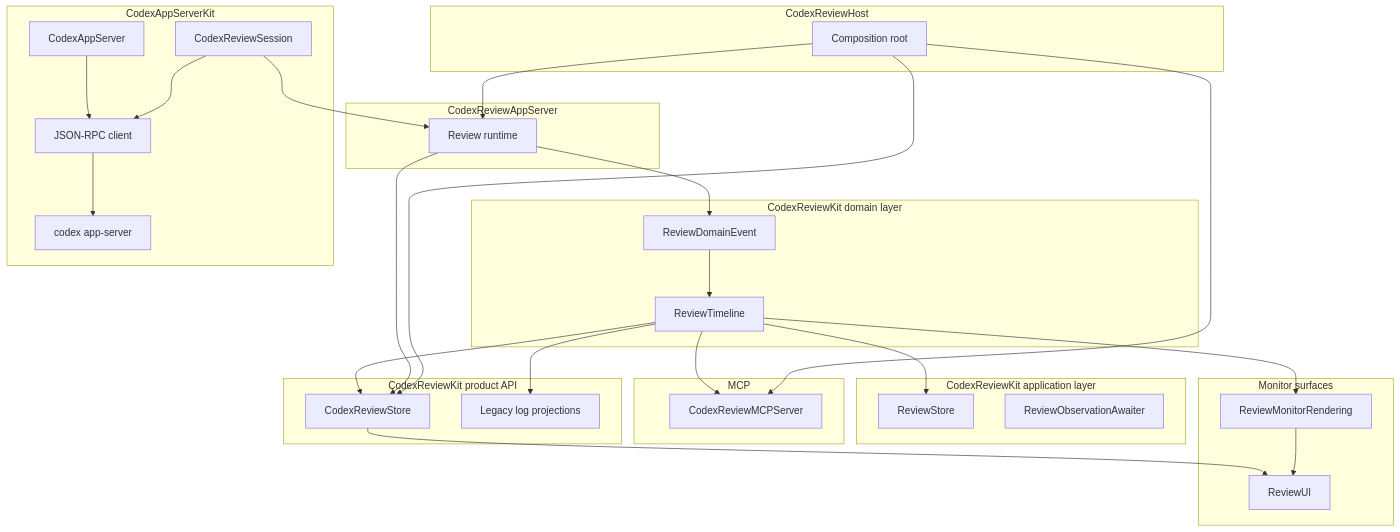
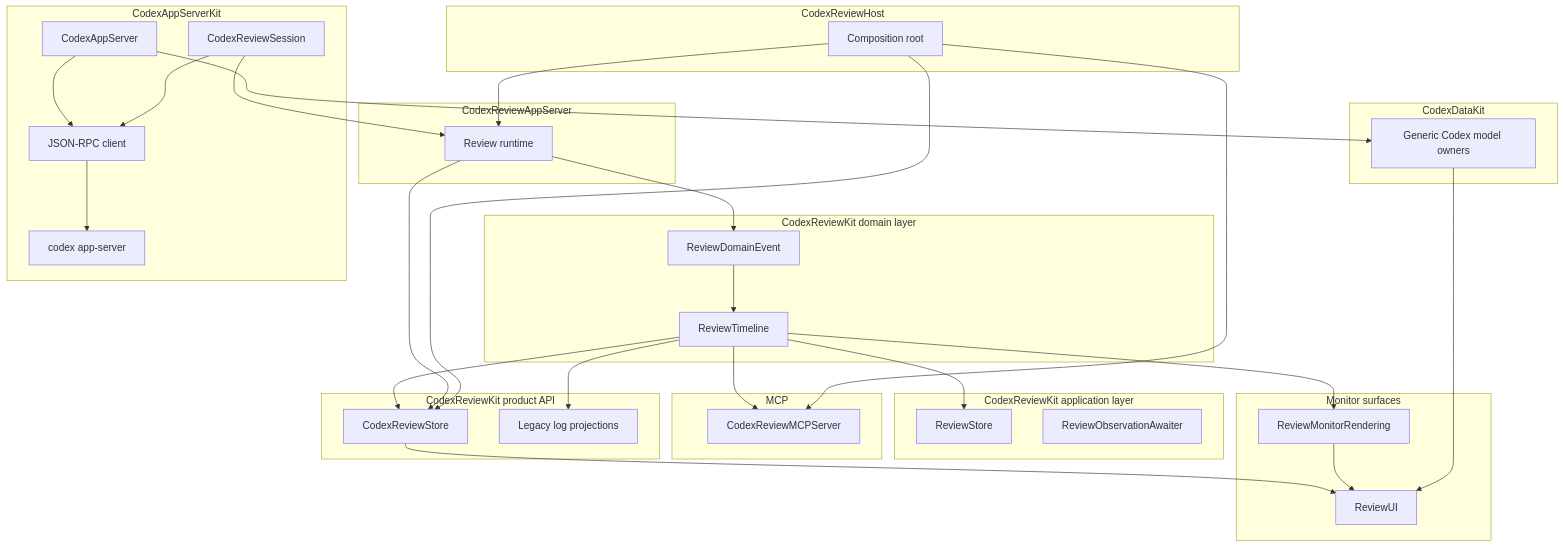
One commit to lynnswap/CodexReviewKit changed the diagram in Docs/architecture.md. Above: the diagram before and after it, drawn with Mermaid. The commit also changed other lines of this file and 12 other files, not shown here.

Commit message:
refactor(app-server): adopt CodexDataKit boundaries

````diff
--- a/Docs/architecture.md
+++ b/Docs/architecture.md
@@ -83,59 +93,65 @@
 ```mermaid
 flowchart TB
     subgraph Domain["CodexReviewKit domain layer"]
         DomainEvents["ReviewDomainEvent"]
         Timeline["ReviewTimeline"]
     end
 
     subgraph Application["CodexReviewKit application layer"]
         AppStore["ReviewStore"]
         Awaiter["ReviewObservationAwaiter"]
     end
 
     subgraph Product["CodexReviewKit product API"]
         PublicStore["CodexReviewStore"]
         LegacyProjection["Legacy log projections"]
     end
 
     subgraph Kit["CodexAppServerKit"]
         DomainAPI["CodexAppServer"]
         ReviewSession["CodexReviewSession"]
         Client["JSON-RPC client"]
         Process["codex app-server"]
+    end
+
+    subgraph GenericData["CodexDataKit"]
+        GenericOwners["Generic Codex model owners"]
     end
 
     subgraph AppServer["CodexReviewAppServer"]
         Runtime["Review runtime"]
     end
 
     subgraph MCP["MCP"]
         MCPServer["CodexReviewMCPServer"]
     end
 
     subgraph Monitor["Monitor surfaces"]
         Renderer["ReviewMonitorRendering"]
         UI["ReviewUI"]
     end
 
     subgraph Host["CodexReviewHost"]
         Composition["Composition root"]
     end
 
     ReviewSession --> Runtime
     Runtime --> DomainEvents
     DomainEvents --> Timeline
     Timeline --> AppStore
     Timeline --> PublicStore
     Timeline --> LegacyProjection
     Timeline --> MCPServer
     Timeline --> Renderer
     PublicStore --> UI
     Renderer --> UI
+    GenericOwners --> UI
     DomainAPI --> Client
+    DomainAPI --> GenericOwners
     ReviewSession --> Client
     Client --> Process
     Runtime --> PublicStore
     Composition --> Runtime
     Composition --> MCPServer
     Composition --> PublicStore
 ```
````
